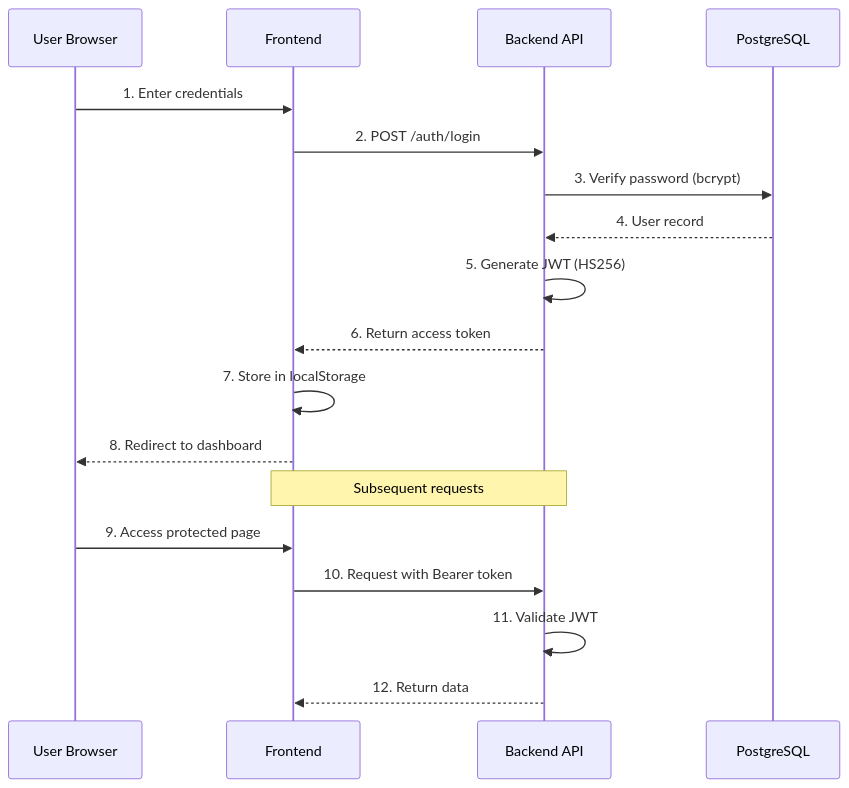
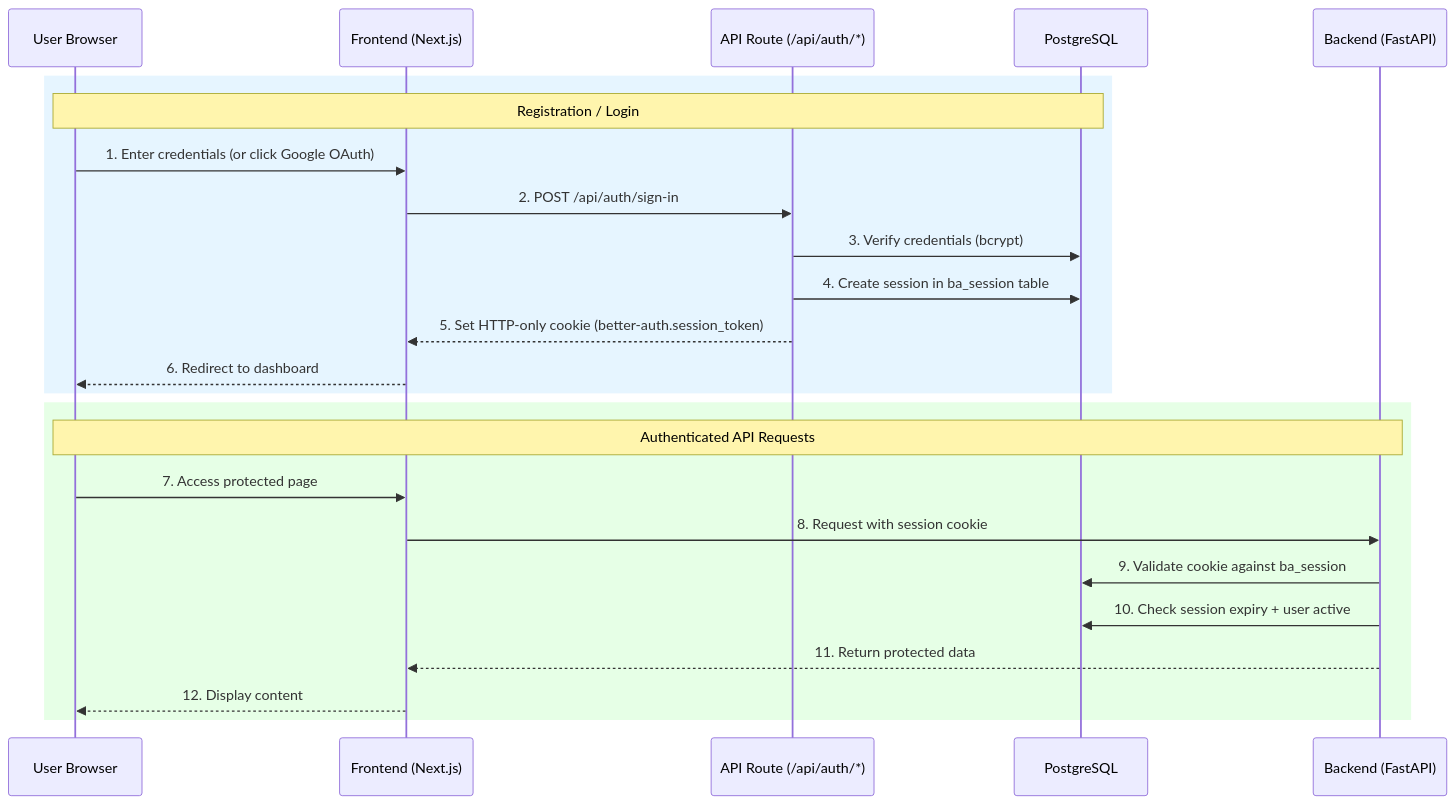
Before and after one commit to benjamin-karaoglan/appartment-agent: the sixth of 9 diagrams in docs/architecture/overview.md, drawn with Mermaid. The commit also changed other lines of this file and 22 other files, not shown here.

````diff
--- a/docs/architecture/overview.md
+++ b/docs/architecture/overview.md
@@ -243,22 +260,28 @@
 ```mermaid
 sequenceDiagram
     participant User as User Browser
-    participant Frontend as Frontend
-    participant Backend as Backend API
+    participant FE as Frontend (Next.js)
+    participant Auth as API Route (/api/auth/*)
     participant DB as PostgreSQL
+    participant BE as Backend (FastAPI)
 
-    User->>Frontend: 1. Enter credentials
-    Frontend->>Backend: 2. POST /auth/login
-    Backend->>DB: 3. Verify password (bcrypt)
-    DB-->>Backend: 4. User record
-    Backend->>Backend: 5. Generate JWT (HS256)
-    Backend-->>Frontend: 6. Return access token
-    Frontend->>Frontend: 7. Store in localStorage
-    Frontend-->>User: 8. Redirect to dashboard
+    rect rgb(230, 245, 255)
+        Note over User,DB: Registration / Login
+        User->>FE: 1. Enter credentials (or click Google OAuth)
+        FE->>Auth: 2. POST /api/auth/sign-in
+        Auth->>DB: 3. Verify credentials (bcrypt)
+        Auth->>DB: 4. Create session in ba_session table
+        Auth-->>FE: 5. Set HTTP-only cookie (better-auth.session_token)
+        FE-->>User: 6. Redirect to dashboard
+    end
 
-    Note over Frontend,Backend: Subsequent requests
-    User->>Frontend: 9. Access protected page
-    Frontend->>Backend: 10. Request with Bearer token
-    Backend->>Backend: 11. Validate JWT
-    Backend-->>Frontend: 12. Return data
+    rect rgb(230, 255, 230)
+        Note over User,BE: Authenticated API Requests
+        User->>FE: 7. Access protected page
+        FE->>BE: 8. Request with session cookie
+        BE->>DB: 9. Validate cookie against ba_session
+        BE->>DB: 10. Check session expiry + user active
+        BE-->>FE: 11. Return protected data
+        FE-->>User: 12. Display content
+    end
 ```
````
